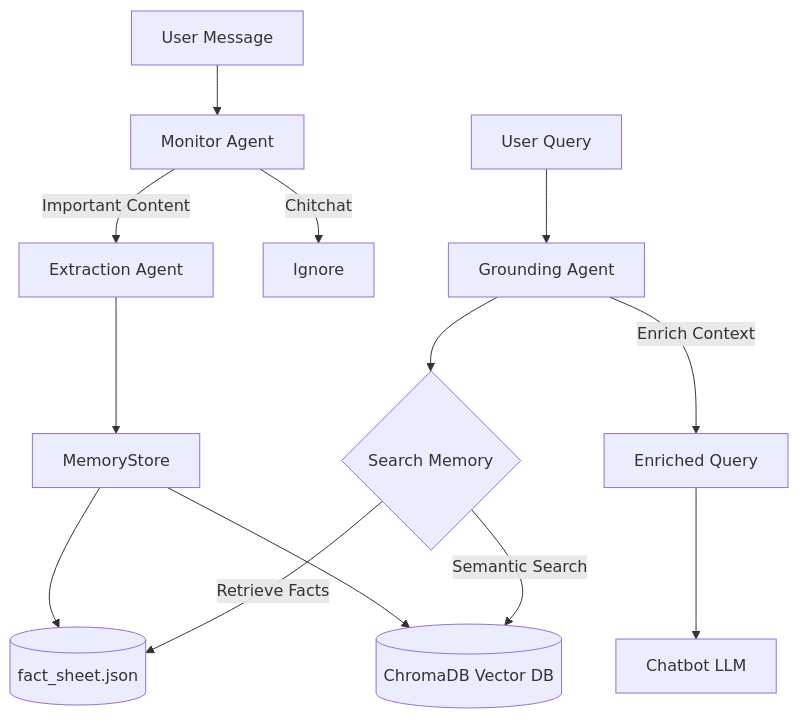
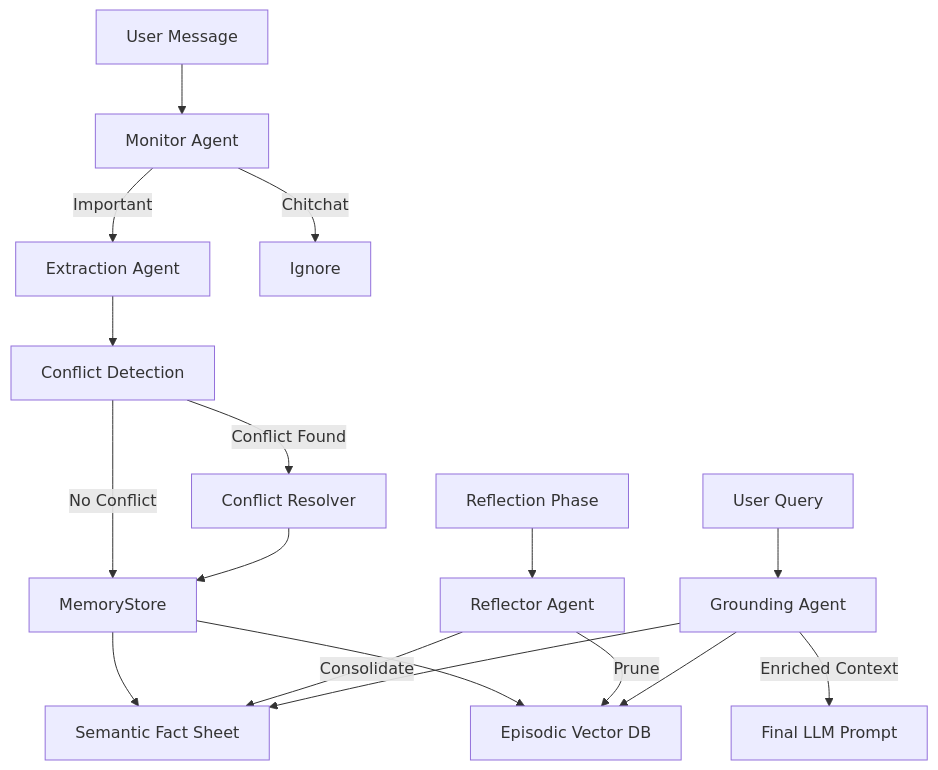
One commit to AkbariKishan/memory_MCP changed the diagram in README.md. Above: the diagram before and after it, drawn with Mermaid. The commit also changed other lines of this file and 6 other files, not shown here.

Commit message:
Implement Reflector Agent for autonomous memory consolidation and pruning, add automated conflict resolution, and introduce message importance scoring.

````diff
--- a/README.md
+++ b/README.md
@@ -58,16 +31,23 @@
 ```mermaid
-graph TD
-    A[User Message] --> B[Monitor Agent]
-    B -- "Important Content" --> C[Extraction Agent]
-    B -- "Chitchat" --> D[Ignore]
-    C --> E[MemoryStore]
-    E --> F[(fact_sheet.json)]
-    E --> G[(ChromaDB Vector DB)]
+flowchart TD
+    A["User Message"] --> B["Monitor Agent"]
+    B -- "Important" --> C["Extraction Agent"]
+    B -- "Chitchat" --> D["Ignore"]
     
-    H[User Query] --> I[Grounding Agent]
-    I --> J{Search Memory}
-    J -- "Retrieve Facts" --> F
-    J -- "Semantic Search" --> G
-    I -- "Enrich Context" --> K[Enriched Query]
-    K --> L[Chatbot LLM]
+    C --> E["Conflict Detection"]
+    E -- "Conflict Found" --> F["Conflict Resolver"]
+    E -- "No Conflict" --> G["MemoryStore"]
+    F --> G
+    
+    G --> H["Semantic Fact Sheet"]
+    G --> I["Episodic Vector DB"]
+    
+    J["Reflection Phase"] --> K["Reflector Agent"]
+    K -- "Consolidate" --> H
+    K -- "Prune" --> I
+    
+    L["User Query"] --> M["Grounding Agent"]
+    M --> H
+    M --> I
+    M -- "Enriched Context" --> N["Final LLM Prompt"]
 ```
````
